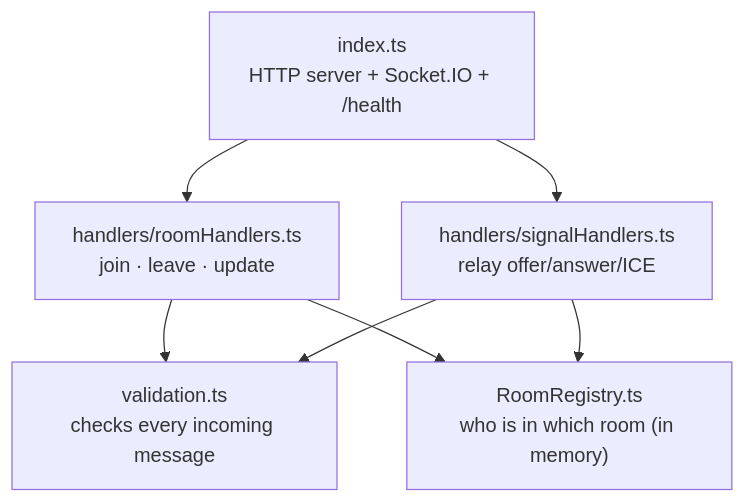
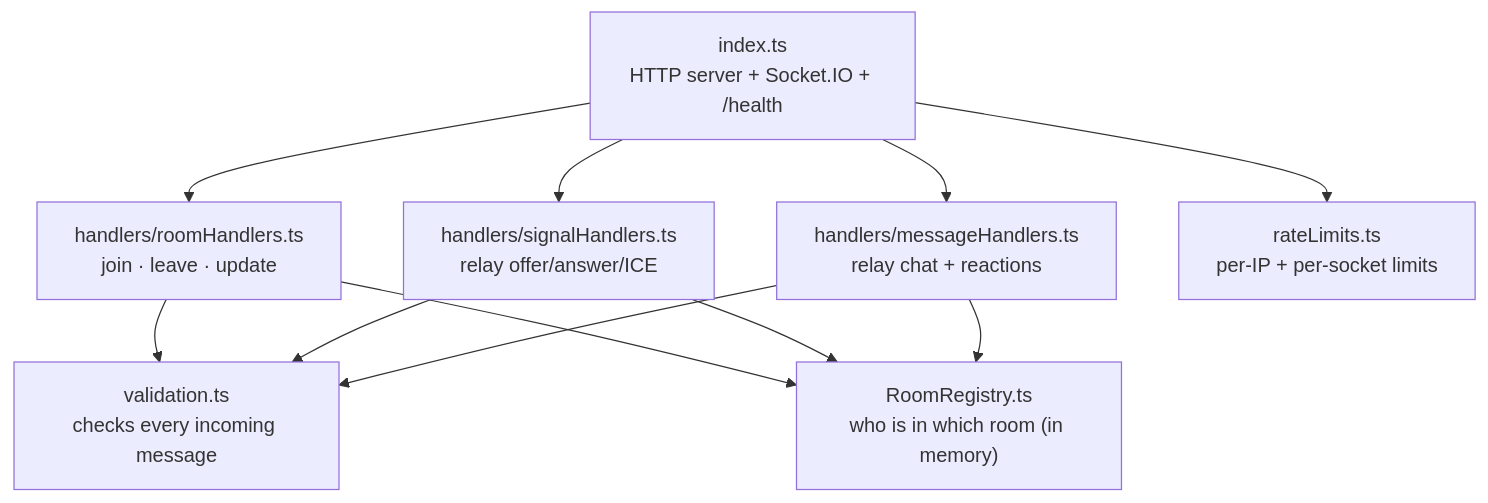
Before and after one commit to mr-dev-prince/vidbase: the tenth of 13 diagrams in docs/ARCHITECTURE.md, drawn with Mermaid. The commit also changed other lines of this file and 32 other files, not shown here.

First line of the commit message:
feat: add in-call chat and emoji reactions functionality

````diff
--- a/docs/ARCHITECTURE.md
+++ b/docs/ARCHITECTURE.md
@@ -230,9 +259,13 @@
 ```mermaid
 flowchart TD
   index["index.ts<br/>HTTP server + Socket.IO + /health"] --> roomH["handlers/roomHandlers.ts<br/>join · leave · update"]
   index --> sigH["handlers/signalHandlers.ts<br/>relay offer/answer/ICE"]
+  index --> msgH["handlers/messageHandlers.ts<br/>relay chat + reactions"]
+  index --> rl["rateLimits.ts<br/>per-IP + per-socket limits"]
   roomH --> val["validation.ts<br/>checks every incoming message"]
   sigH --> val
+  msgH --> val
   roomH --> reg["RoomRegistry.ts<br/>who is in which room (in memory)"]
   sigH --> reg
+  msgH --> reg
 ```
````
